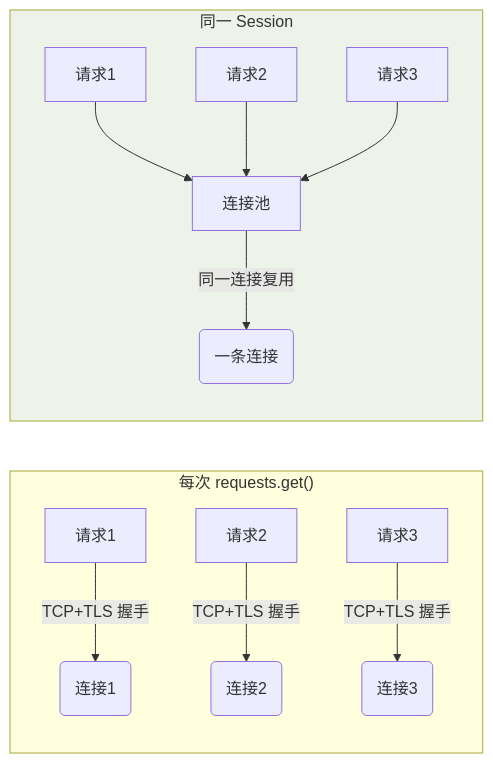
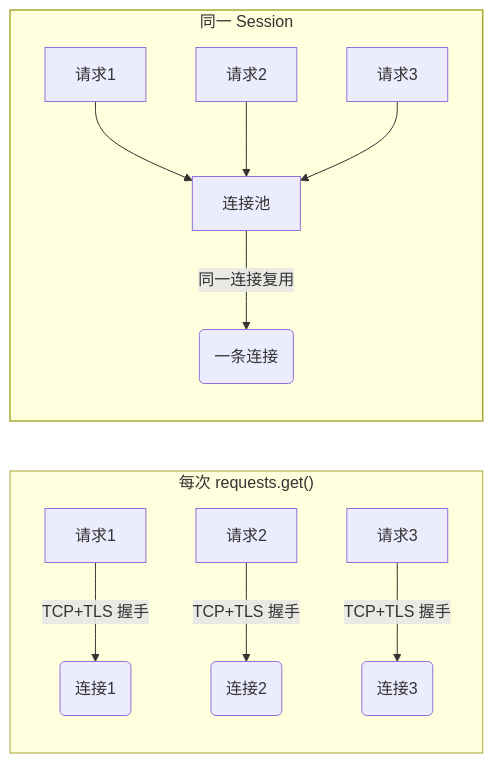
One commit to Loadhao/ascension changed the first of 2 diagrams in src/content/docs/python/intermediate/libs/01-requests-httpx.md. Above: the diagram before and after it, drawn with Mermaid. The commit also changed other lines of this file and 87 other files, not shown here.

First line of the commit message:
fix: 全站图表配色改由主题接管，修复暗色主题下浅底浅字看不清

````diff
--- a/src/content/docs/python/intermediate/libs/01-requests-httpx.md
+++ b/src/content/docs/python/intermediate/libs/01-requests-httpx.md
@@ -49,15 +49,16 @@
 ```mermaid
 flowchart LR
     subgraph 裸调["每次 requests.get()"]
         G1["请求1"] -->|TCP+TLS 握手| H1("连接1")
         G2["请求2"] -->|TCP+TLS 握手| H2("连接2")
         G3["请求3"] -->|TCP+TLS 握手| H3("连接3")
     end
     subgraph Session["同一 Session"]
         S1["请求1"] --> P["连接池"]
         S2["请求2"] --> P
         S3["请求3"] --> P
         P -->|同一连接复用| H4("一条连接")
     end
-    style Session fill:#eef3ea
+    class Session good
+    classDef good stroke-width:1.5px
 ```
````
